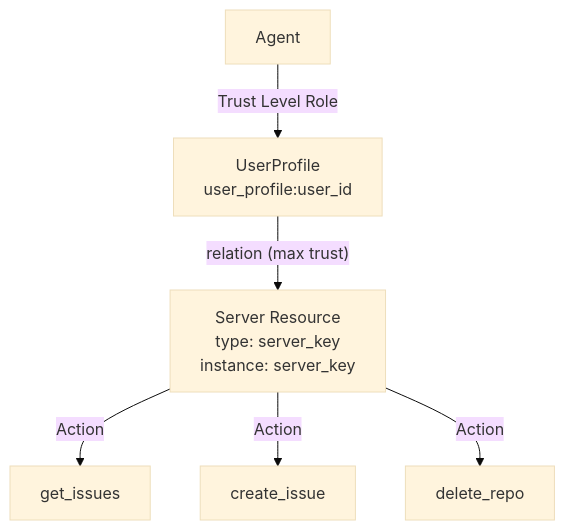
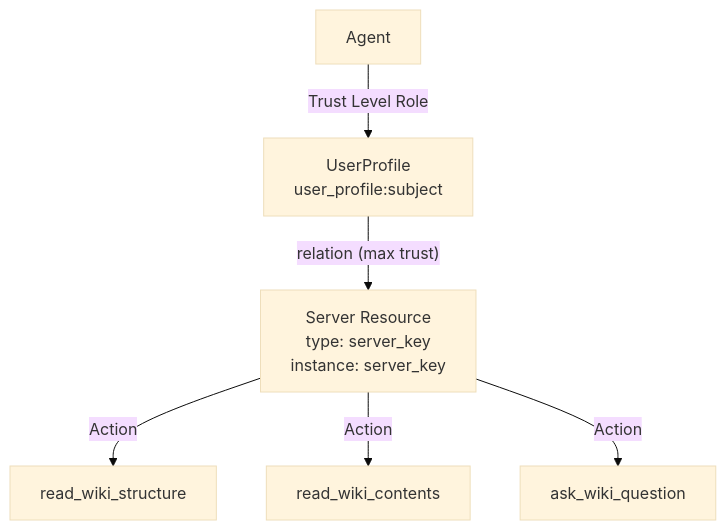
Before and after one commit to permitio/docs: the third of 8 diagrams in docs/permit-mcp-gateway/architecture.mdx, drawn with Mermaid (base theme). The commit also changed other lines of this file and 126 other files, not shown here.

````diff
--- a/docs/permit-mcp-gateway/architecture.mdx
+++ b/docs/permit-mcp-gateway/architecture.mdx
@@ -202,8 +224,8 @@
 ```mermaid
 graph TD
-    A[Agent] --Trust Level Role--> UP[UserProfile<br/>user_profile:user_id]
+    A[Agent] --Trust Level Role--> UP[UserProfile<br/>user_profile:subject]
     UP --"relation (max trust)"--> S[Server Resource<br/>type: server_key<br/>instance: server_key]
-    S --Action--> F1[get_issues]
-    S --Action--> F2[create_issue]
-    S --Action--> F3[delete_repo]
+    S --Action--> F1[read_wiki_structure]
+    S --Action--> F2[read_wiki_contents]
+    S --Action--> F3[ask_wiki_question]
 ```
````
